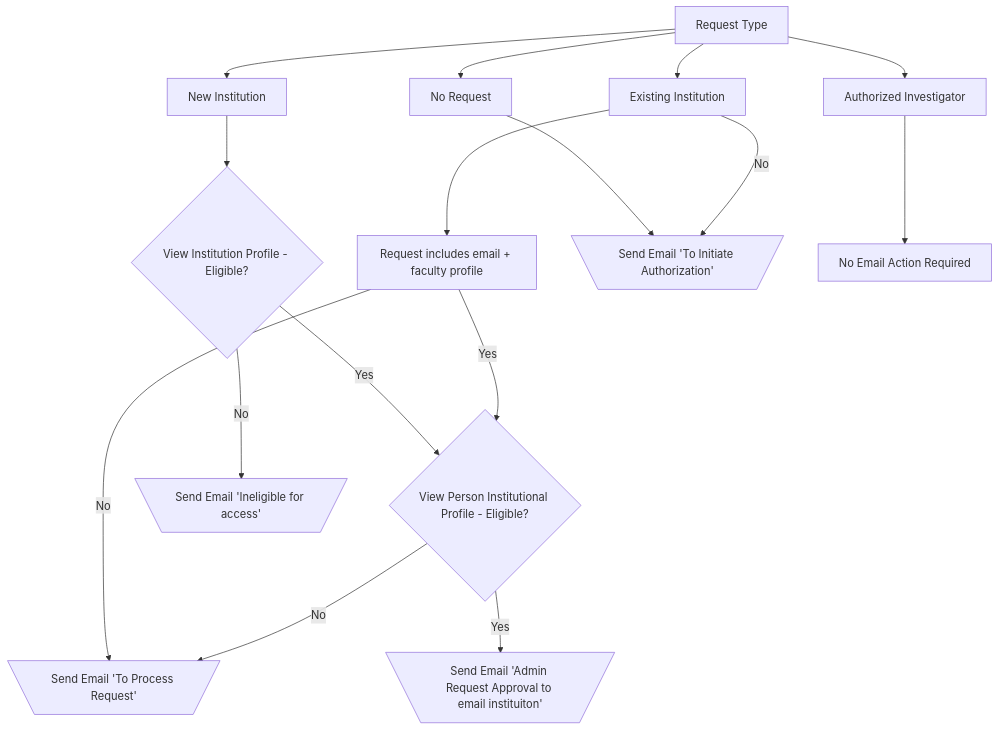
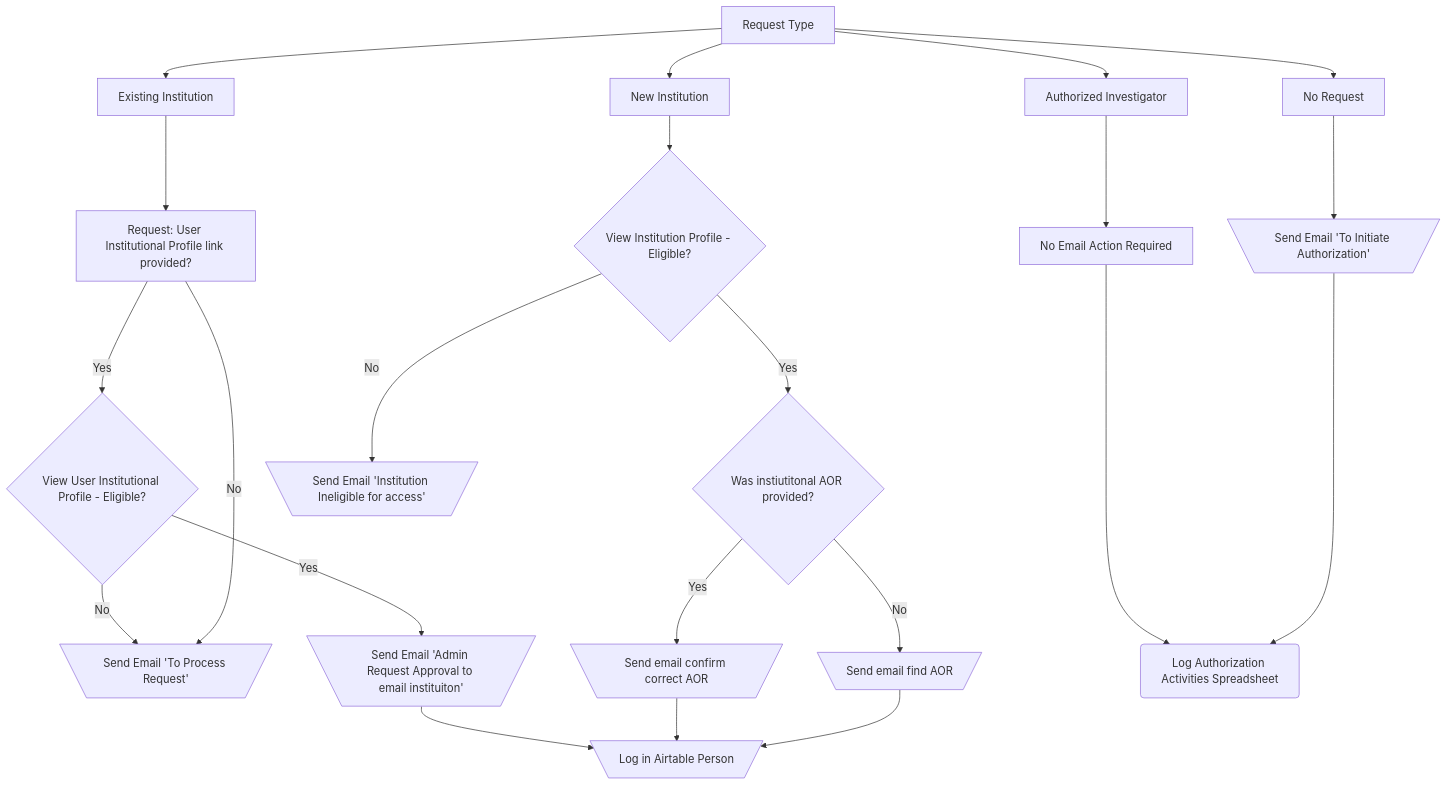
The second of 2 diagrams in src/admin/flowcharts.qmd (databrary/guide), drawn with Mermaid before and after one commit. The commit also changed other lines of this file and 1 other file, not shown here.

Commit message:
update admin flowchart

````diff
--- a/src/admin/flowcharts.qmd
+++ b/src/admin/flowcharts.qmd
@@ -42,16 +42,23 @@
 ```{mermaid}
-flowchart
+flowchart TD
+
+A[Request Type] --> B[Existing Institution] 
+
+  B --> M[Request: User Institutional Profile link provided?]
+  M -- Yes --> G{View User Institutional Profile - Eligible? } -- No --> J[\Send Email 'To Process Request'/]
+ 
+
+  G -- Yes --> H[\Send Email 'Admin Request Approval to email instituiton'/] --> Q[\Log in Airtable Person/]
+  M -- No --> J[\Send Email 'To Process Request'/]
+ 
+A --> C[New Institution] 
+  C --> I{View Institution Profile - Eligible?} -- Yes --> R{Was instiutitonal AOR provided?} -- Yes --> T[\Send email confirm correct AOR/] --> Q[\Log in Airtable Person/]
+  R -- No --> S[\Send email find AOR/] --> Q[\Log in Airtable Person/]
+  I -- No --> K[\Send Email 'Institution Ineligible for access'/]
   
-  
-A[Request Type] --> B[Existing Institution] --> M[Request includes email + faculty profile] -- Yes --> G{View Person Institutional Profile - Eligible? } -- No --> J[\Send Email 'To Process Request'/]
  
- A--> C[New Institution] --> I{View Institution Profile - Eligible?} -- Yes --> G
+A --> D[Authorized Investigator] --> L[No Email Action Required] ---> P(Log Authorization Activities Spreadsheet)
+ 
+A --> E[No Request] --> F[\Send Email 'To Initiate Authorization'/] ---> P(Log Authorization Activities Spreadsheet)
 
- G -- Yes --> H[\Send Email 'Admin Request Approval to email instituiton'/]
- 
- M -- No --> J[\Send Email 'To Process Request'/]
- I -- No --> K[\Send Email 'Ineligible for access'/]
- B -- No --> F[\Send Email 'To Initiate Authorization'/]
- A --> D[Authorized Investigator] --> L[No Email Action Required]
- A --> E[No Request] --> F[\Send Email 'To Initiate Authorization'/]
 ```
````
